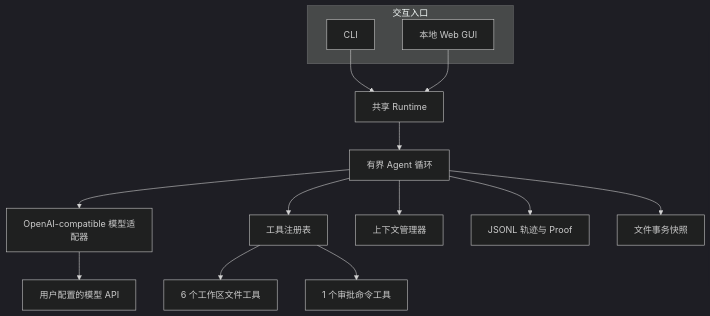
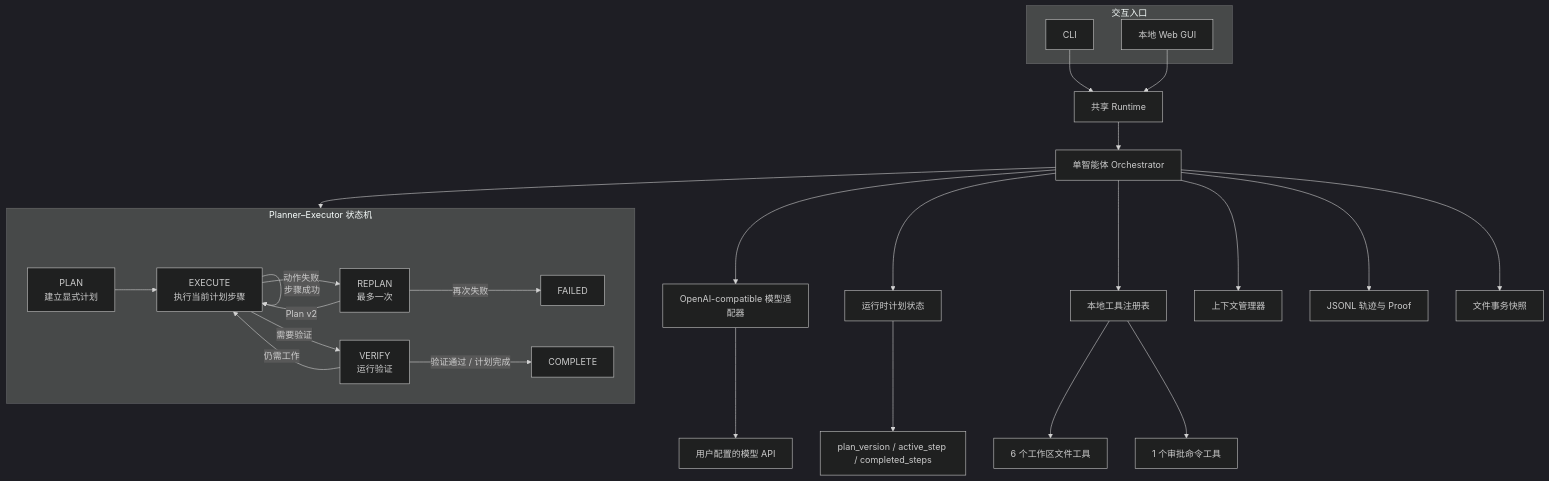
The first of 2 diagrams in README.md (fanyuezuishuai/CodingAgent), drawn with Mermaid (dark theme) before and after one commit. The commit also changed other lines of this file, not shown here.

````diff
--- a/README.md
+++ b/README.md
@@ -154,20 +51,44 @@
 ```mermaid
 flowchart TB
     subgraph Entry[交互入口]
         CLI[CLI]
         WEB[本地 Web GUI]
     end
 
     CLI --> RT[共享 Runtime]
     WEB --> RT
-    RT --> AGENT[有界 Agent 循环]
+
+    RT --> AGENT[单智能体 Orchestrator]
+
+    subgraph State[Planner–Executor 状态机]
+        PLAN[PLAN<br/>建立显式计划]
+        EXEC[EXECUTE<br/>执行当前计划步骤]
+        REPLAN[REPLAN<br/>最多一次]
+        VERIFY[VERIFY<br/>运行验证]
+        COMPLETE[COMPLETE]
+        FAILED[FAILED]
+
+        PLAN --> EXEC
+        EXEC -->|步骤成功| EXEC
+        EXEC -->|需要验证| VERIFY
+        EXEC -->|动作失败| REPLAN
+        REPLAN -->|Plan v2| EXEC
+        REPLAN -->|再次失败| FAILED
+        VERIFY -->|验证通过 / 计划完成| COMPLETE
+        VERIFY -->|仍需工作| EXEC
+    end
+
+    AGENT --> State
+
     AGENT --> MODEL[OpenAI-compatible 模型适配器]
-    AGENT --> REGISTRY[工具注册表]
+    AGENT --> PLANSTATE[运行时计划状态]
+    AGENT --> REGISTRY[本地工具注册表]
     AGENT --> CONTEXT[上下文管理器]
     AGENT --> TRACE[JSONL 轨迹与 Proof]
     AGENT --> TX[文件事务快照]
 
+    PLANSTATE --> VERSION[plan_version / active_step / completed_steps]
     REGISTRY --> FILES[6 个工作区文件工具]
     REGISTRY --> SHELL[1 个审批命令工具]
     MODEL --> PROVIDER[用户配置的模型 API]
 ```
````
